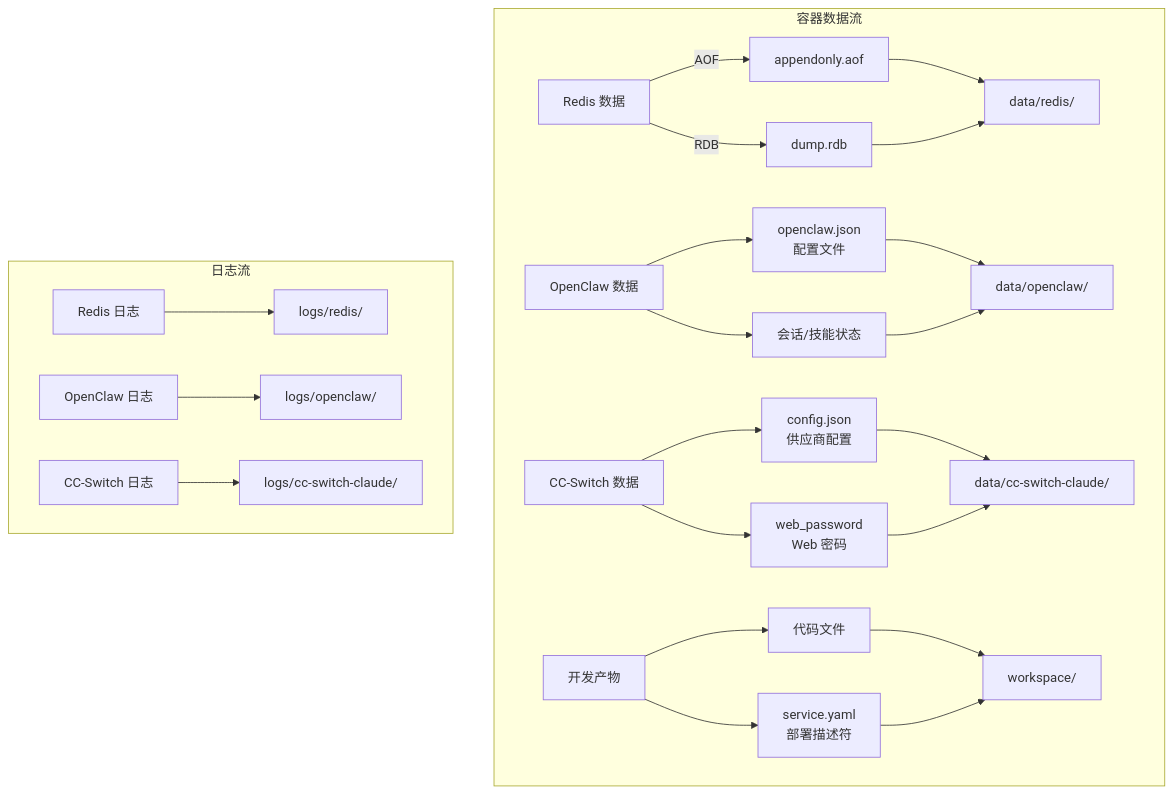
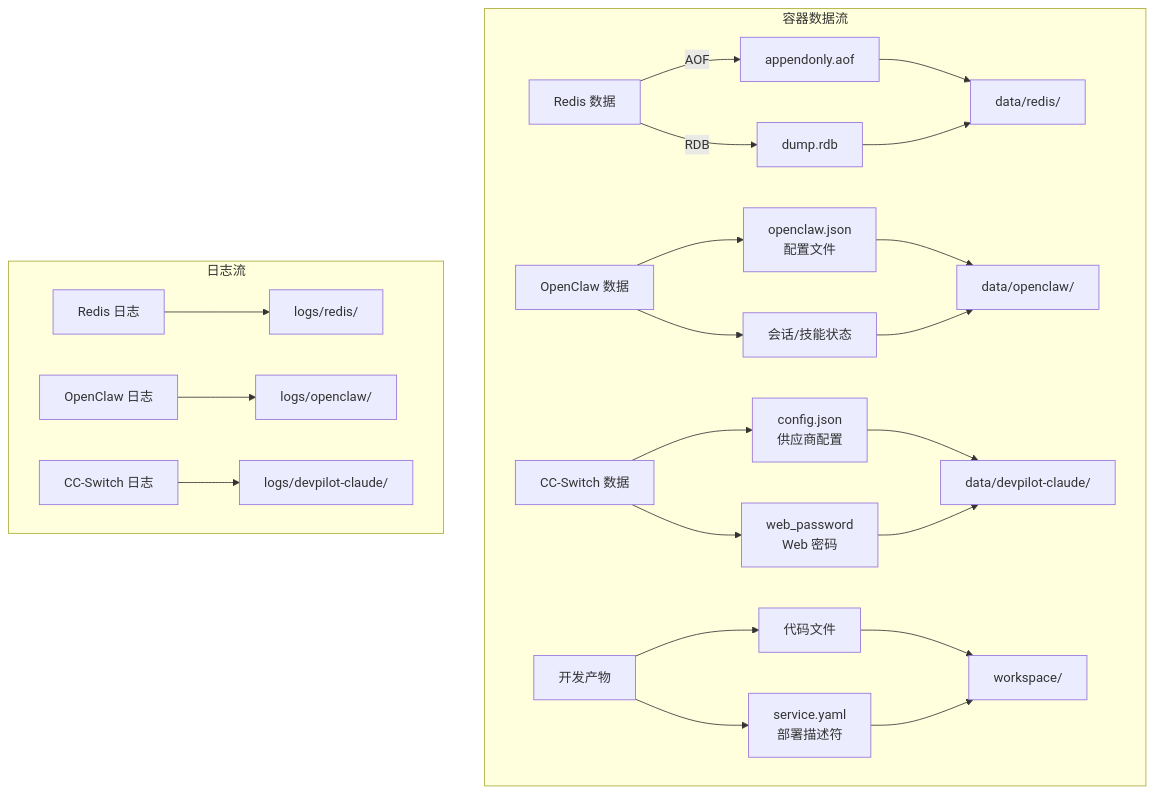
Before and after one commit to smart-open/DevPilot: the seventh of 14 diagrams in 产品架构技术设计说明书.md, drawn with Mermaid. The commit also changed other lines of this file and 5 other files, not shown here.

First line of the commit message:
[docs] 同步服务名 cc-switch-claude -> devpilot-claude（README / 运维手册 / 用户手册 / 架构设计书 / cicd READMEs）

````diff
--- a/产品架构技术设计说明书.md
+++ b/产品架构技术设计说明书.md
@@ -612,34 +612,34 @@
 ```mermaid
 graph TB
     subgraph 容器数据流
         RD_DATA[Redis 数据]
         RD_DATA -->|AOF| AF[appendonly.aof]
         RD_DATA -->|RDB| RF[dump.rdb]
         AF --> VOL1[data/redis/]
         RF --> VOL1
 
         OC_DATA[OpenClaw 数据]
         OC_DATA --> OCF[openclaw.json<br/>配置文件]
         OC_DATA --> OCS[会话/技能状态]
         OCF --> VOL2[data/openclaw/]
         OCS --> VOL2
 
         CC_DATA[CC-Switch 数据]
         CC_DATA --> CCF[config.json<br/>供应商配置]
         CC_DATA --> CCP[web_password<br/>Web 密码]
-        CCF --> VOL3[data/cc-switch-claude/]
+        CCF --> VOL3[data/devpilot-claude/]
         CCP --> VOL3
 
         WS_DATA[开发产物]
         WS_DATA --> WSC[代码文件]
         WS_DATA --> WSY[service.yaml<br/>部署描述符]
         WSC --> VOL4[workspace/]
         WSY --> VOL4
     end
 
     subgraph 日志流
         RL[Redis 日志] --> LV1[logs/redis/]
         OL[OpenClaw 日志] --> LV2[logs/openclaw/]
-        CL[CC-Switch 日志] --> LV3[logs/cc-switch-claude/]
+        CL[CC-Switch 日志] --> LV3[logs/devpilot-claude/]
     end
 ```
````
